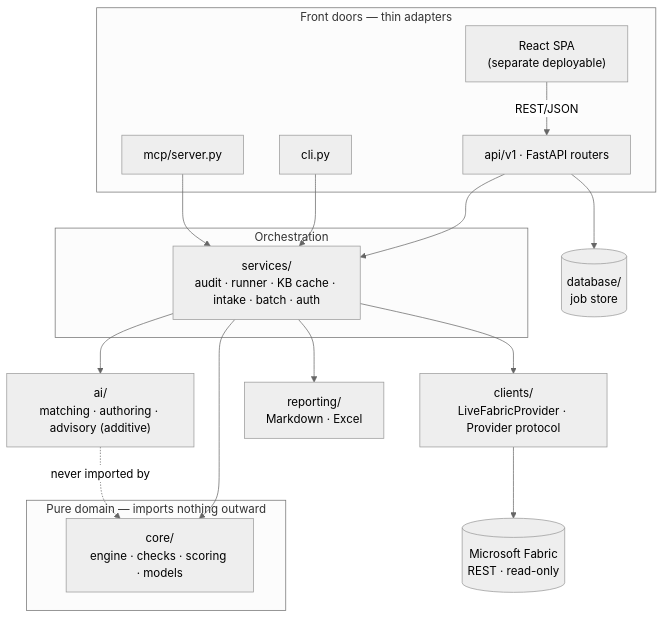
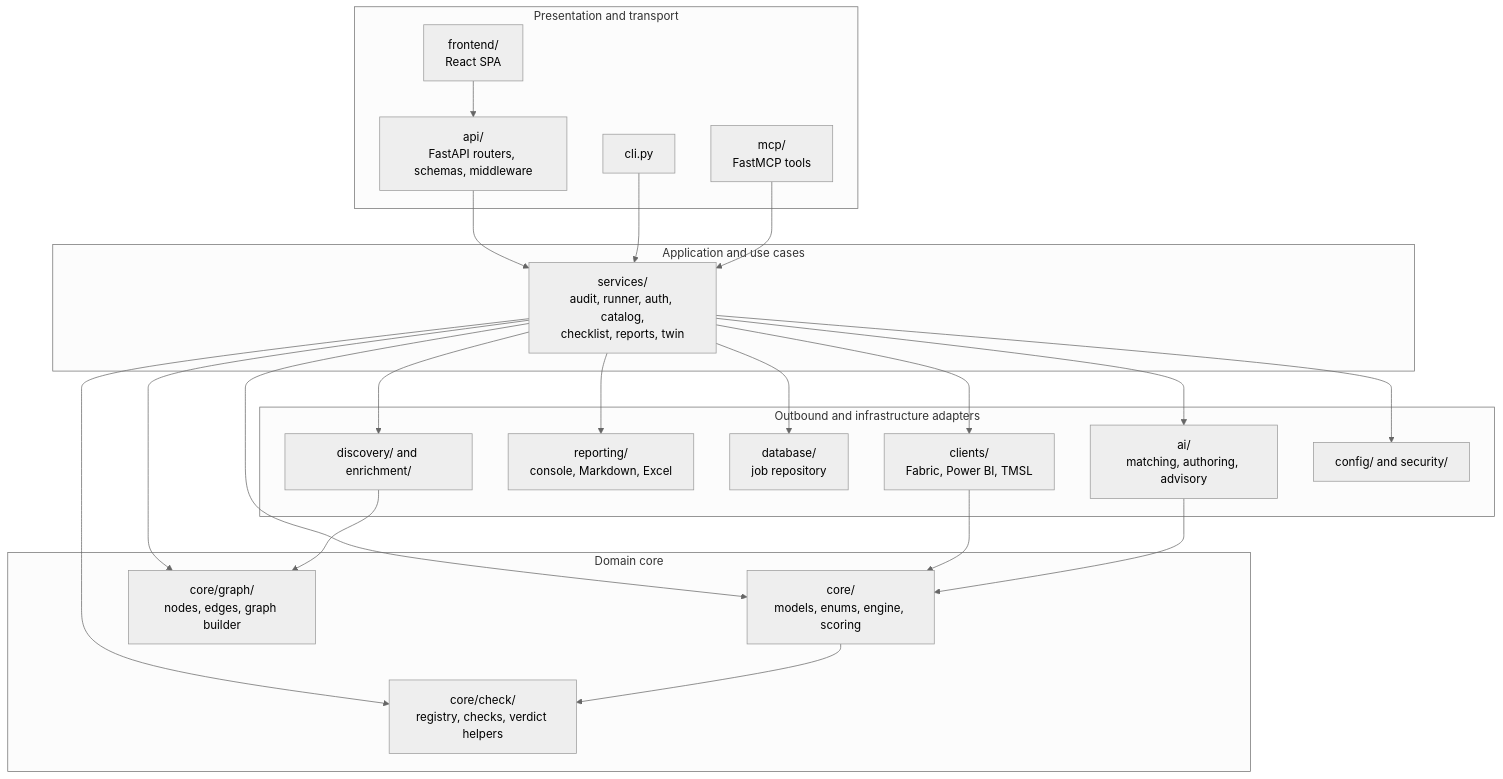
One commit to ridamgupta25/Microsoft-Fabric-Well-Architected-Auditor changed the second of 10 diagrams in ARCHITECTURE.md. Above: the diagram before and after it, drawn with Mermaid (neutral theme). The commit also changed other lines of this file and 4 other files, not shown here.

````diff
--- a/ARCHITECTURE.md
+++ b/ARCHITECTURE.md
@@ -79,32 +462,46 @@
 ```mermaid
-flowchart TD
-    subgraph Front["Front doors — thin adapters"]
-        UI["React SPA<br/>(separate deployable)"]
-        API["api/v1 · FastAPI routers"]
-        CLI["cli.py"]
-        MCP["mcp/server.py"]
+flowchart TB
+    subgraph Presentation["Presentation and transport"]
+        Frontend["frontend/<br/>React SPA"]
+        API2["api/<br/>FastAPI routers, schemas, middleware"]
+        CLI2["cli.py"]
+        MCP2["mcp/<br/>FastMCP tools"]
     end
-    subgraph Orchestration
-        SVC["services/<br/>audit · runner · KB cache · intake · batch · auth"]
+
+    subgraph UseCases["Application and use cases"]
+        Services2["services/<br/>audit, runner, auth, catalog,<br/>checklist, reports, twin"]
     end
-    subgraph Pure["Pure domain — imports nothing outward"]
-        CORE["core/<br/>engine · checks · scoring · models"]
+
+    subgraph CoreLayer["Domain core"]
+        AuditCore["core/<br/>models, enums, engine, scoring"]
+        CheckLib["core/check/<br/>registry, checks, verdict helpers"]
+        GraphCore["core/graph/<br/>nodes, edges, graph builder"]
     end
-    ADD["ai/<br/>matching · authoring · advisory (additive)"]
-    CLIENTS["clients/<br/>LiveFabricProvider · Provider protocol"]
-    REP["reporting/<br/>Markdown · Excel"]
-    DB[("database/<br/>job store")]
-    FAB[("Microsoft Fabric<br/>REST · read-only")]
 
-    UI -->|REST/JSON| API
-    API --> SVC
-    CLI --> SVC
-    MCP --> SVC
-    API --> DB
-    SVC --> CORE
-    SVC --> ADD
-    SVC --> CLIENTS
-    SVC --> REP
-    CLIENTS --> FAB
-    ADD -. "never imported by" .-> CORE
+    subgraph Outbound["Outbound and infrastructure adapters"]
+        Clients2["clients/<br/>Fabric, Power BI, TMSL"]
+        Reports2["reporting/<br/>console, Markdown, Excel"]
+        Database2["database/<br/>job repository"]
+        Discovery2["discovery/ and enrichment/"]
+        AI2["ai/<br/>matching, authoring, advisory"]
+        Config2["config/ and security/"]
+    end
+
+    Frontend --> API2
+    API2 --> Services2
+    CLI2 --> Services2
+    MCP2 --> Services2
+    Services2 --> AuditCore
+    Services2 --> CheckLib
+    Services2 --> GraphCore
+    Services2 --> Clients2
+    Services2 --> Reports2
+    Services2 --> Database2
+    Services2 --> Discovery2
+    Services2 --> AI2
+    Services2 --> Config2
+    Clients2 --> AuditCore
+    Discovery2 --> GraphCore
+    AI2 --> AuditCore
+    AuditCore --> CheckLib
 ```
````
